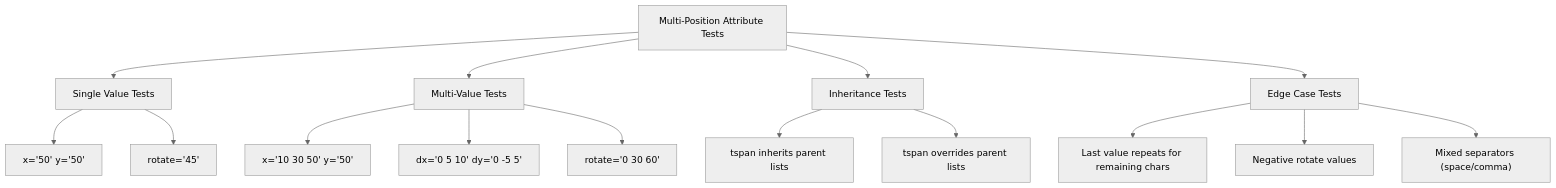
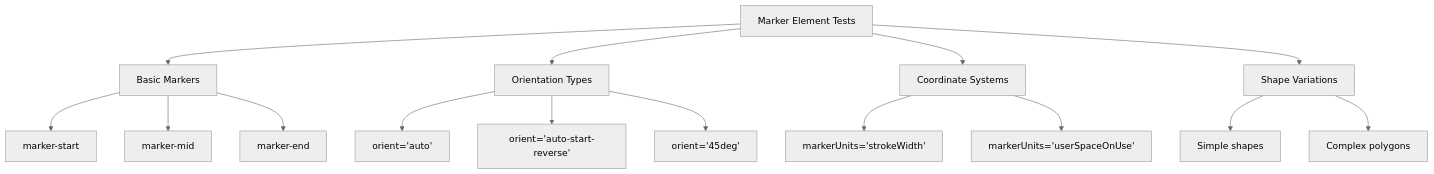
One commit to denisnadey/flutter_full_svg_support changed the fifth of 9 diagrams in .qoder/repowiki/en/content/Testing and Quality Assurance.md. Above: the diagram before and after it, drawn with Mermaid (neutral theme). The commit also changed other lines of this file and 86 other files, not shown here.

````diff
--- a/.qoder/repowiki/en/content/Testing and Quality Assurance.md
+++ b/.qoder/repowiki/en/content/Testing and Quality Assurance.md
@@ -322,17 +370,17 @@
 ```mermaid
 graph TD
-A["Multi-Position Attribute Tests"] --> B["Single Value Tests"]
-A --> C["Multi-Value Tests"]
-A --> D["Inheritance Tests"]
-A --> E["Edge Case Tests"]
-B --> B1["x='50' y='50'"]
-B --> B2["rotate='45'"]
-C --> C1["x='10 30 50' y='50'"]
-C --> C2["dx='0 5 10' dy='0 -5 5'"]
-C --> C3["rotate='0 30 60'"]
-D --> D1["tspan inherits parent lists"]
-D --> D2["tspan overrides parent lists"]
-E --> E1["Last value repeats for remaining chars"]
-E --> E2["Negative rotate values"]
-E --> E3["Mixed separators (space/comma)"]
+A["Marker Element Tests"] --> B["Basic Markers"]
+A --> C["Orientation Types"]
+A --> D["Coordinate Systems"]
+A --> E["Shape Variations"]
+B --> B1["marker-start"]
+B --> B2["marker-mid"]
+B --> B3["marker-end"]
+C --> C1["orient='auto'"]
+C --> C2["orient='auto-start-reverse'"]
+C --> C3["orient='45deg'"]
+D --> D1["markerUnits='strokeWidth'"]
+D --> D2["markerUnits='userSpaceOnUse'"]
+E --> E1["Simple shapes"]
+E --> E2["Complex polygons"]
 ```
````
